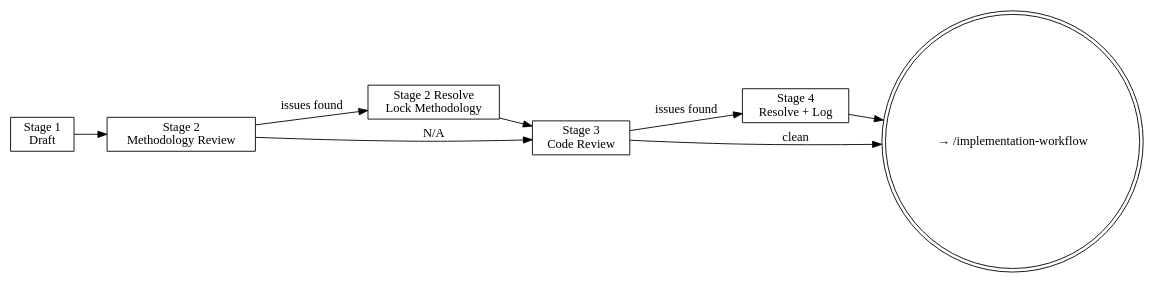
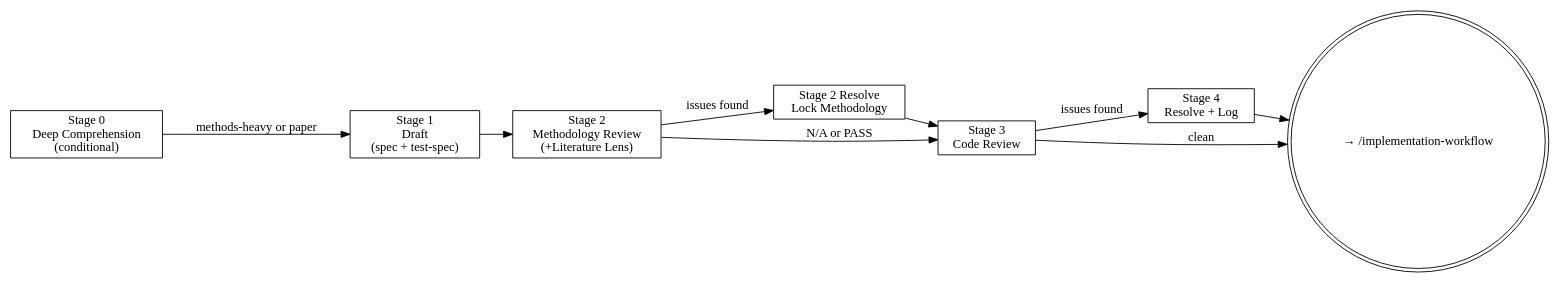
Before and after one commit to JDenn0514/surveycore: the diagram in .claude/skills/spec-workflow/SKILL.md, drawn with Graphviz. The commit also changed other lines of this file and 5 other files, not shown here.

````diff
--- a/.claude/skills/spec-workflow/SKILL.md
+++ b/.claude/skills/spec-workflow/SKILL.md
@@ -31,19 +36,21 @@
 ```dot
 digraph spec_stages {
     rankdir=LR;
-    S1 [label="Stage 1\nDraft", shape=box];
-    S2 [label="Stage 2\nMethodology Review", shape=box];
+    S0 [label="Stage 0\nDeep Comprehension\n(conditional)", shape=box];
+    S1 [label="Stage 1\nDraft\n(spec + test-spec)", shape=box];
+    S2 [label="Stage 2\nMethodology Review\n(+Literature Lens)", shape=box];
     S2R [label="Stage 2 Resolve\nLock Methodology", shape=box];
     S3 [label="Stage 3\nCode Review", shape=box];
     S4 [label="Stage 4\nResolve + Log", shape=box];
     done [label="→ /implementation-workflow", shape=doublecircle];
 
+    S0 -> S1 [label="methods-heavy or paper"];
     S1 -> S2;
     S2 -> S2R [label="issues found"];
-    S2 -> S3 [label="N/A"];
+    S2 -> S3 [label="N/A or PASS"];
     S2R -> S3;
     S3 -> S4 [label="issues found"];
     S3 -> done [label="clean"];
     S4 -> done;
 }
 ```
````
